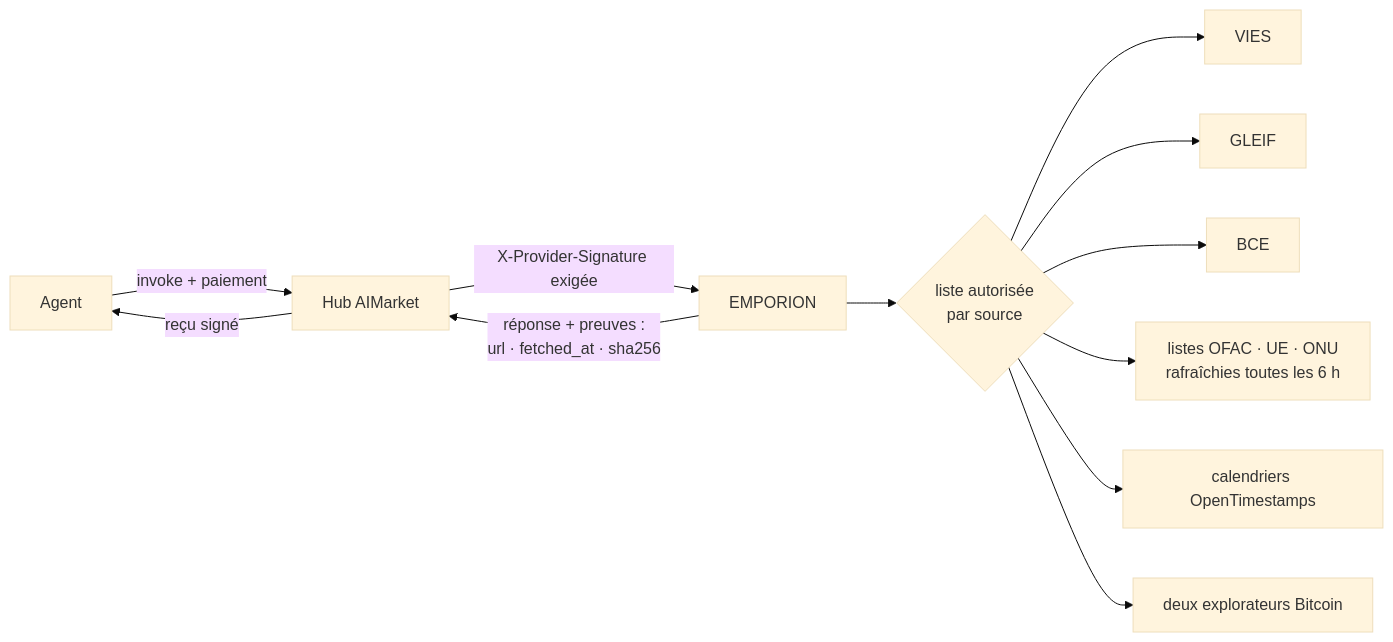
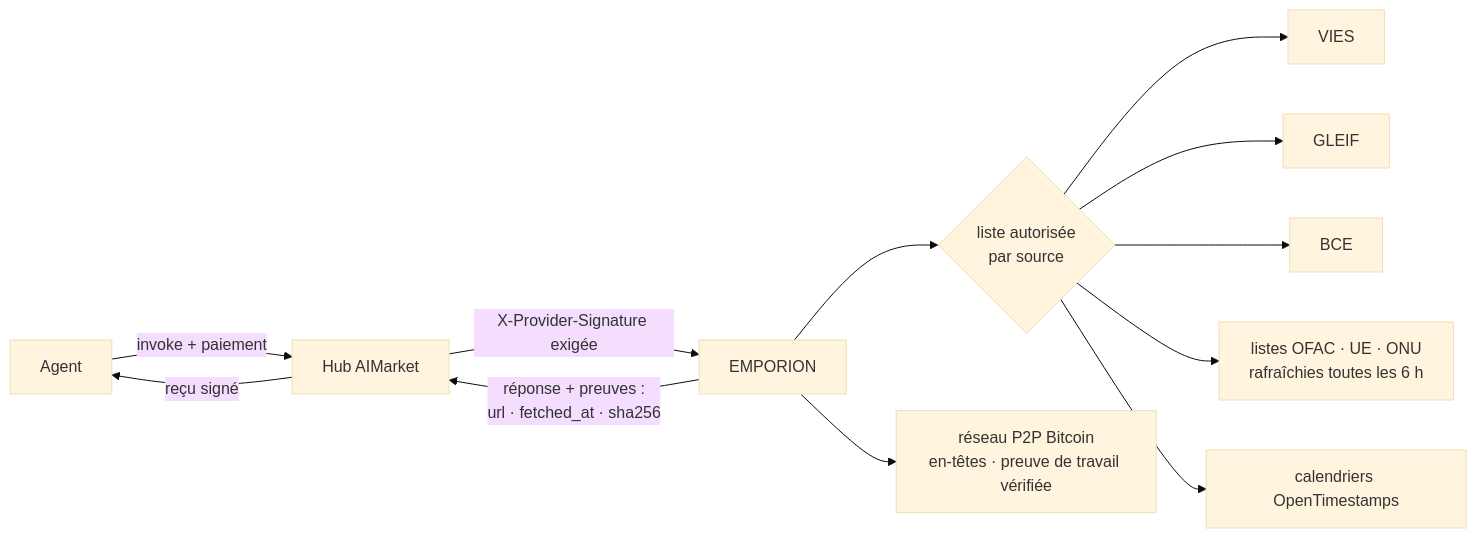
One commit to alexar76/emporion changed the first of 3 diagrams in README.fr.md. Above: the diagram before and after it, drawn with Mermaid (base theme). The commit also changed other lines of this file and 26 other files, not shown here.

````diff
--- a/README.fr.md
+++ b/README.fr.md
@@ -57,14 +57,14 @@
 ```mermaid
 flowchart LR
     A[Agent] -->|invoke + paiement| H[Hub AIMarket]
     H -->|X-Provider-Signature exigée| E[EMPORION]
     E --> N{liste autorisée<br/>par source}
     N --> V[VIES]
     N --> G[GLEIF]
     N --> C[BCE]
     N --> S[listes OFAC · UE · ONU<br/>rafraîchies toutes les 6 h]
     N --> O[calendriers OpenTimestamps]
-    N --> X[deux explorateurs Bitcoin]
+    E --> X[réseau P2P Bitcoin<br/>en-têtes · preuve de travail vérifiée]
     E -->|réponse + preuves :<br/>url · fetched_at · sha256| H
     H -->|reçu signé| A
 ```
````
